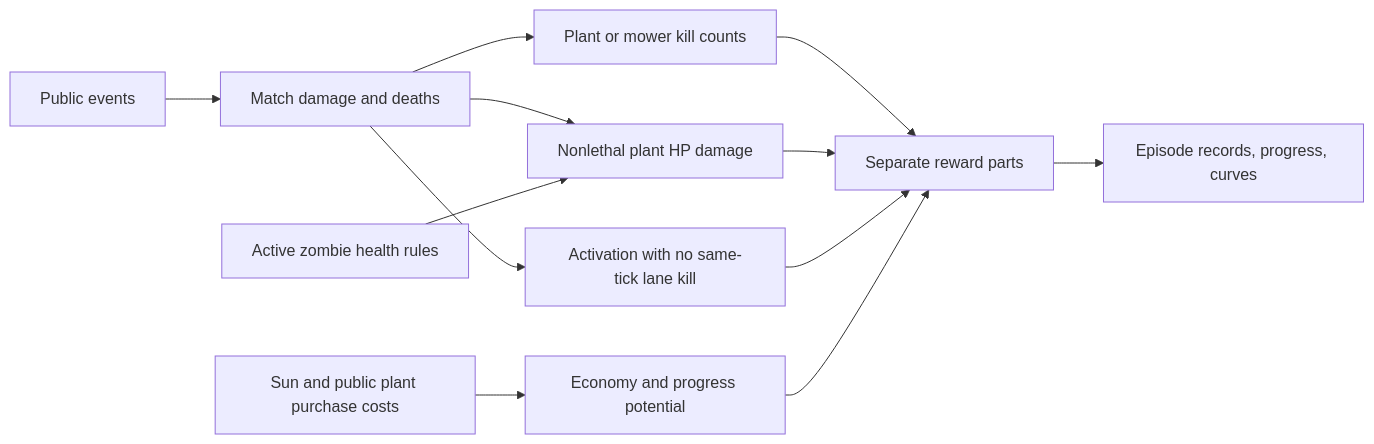
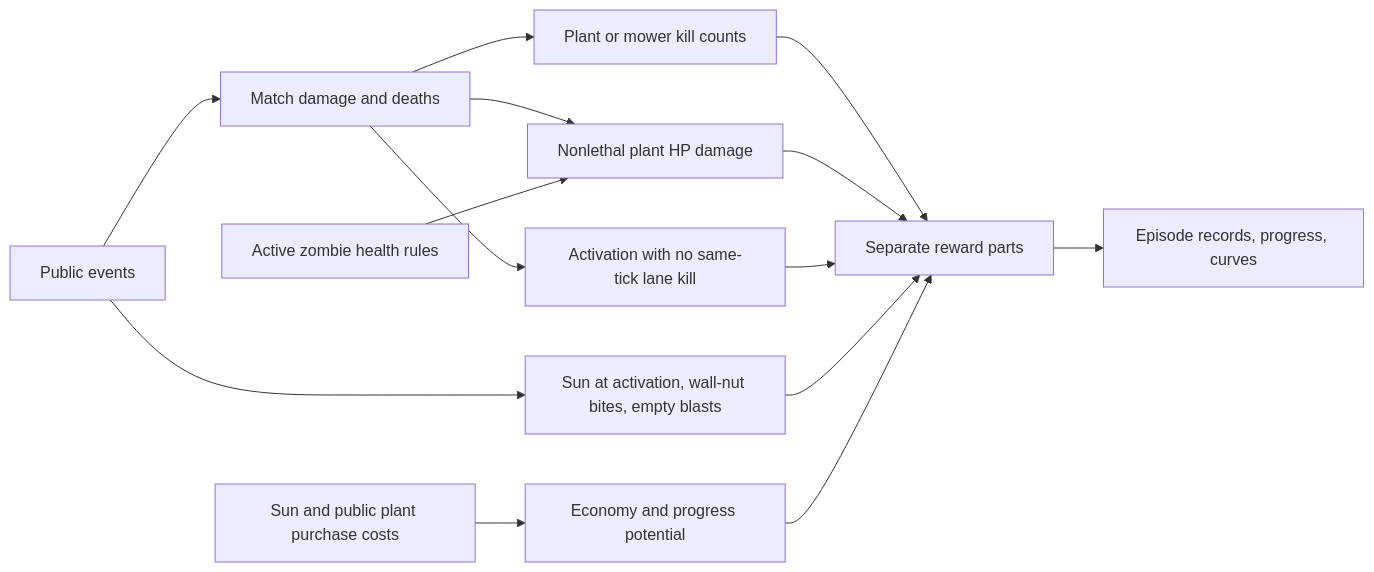
The fifth of 12 diagrams in docs/architecture.md (Comb1e/RL-Pvz), drawn with Mermaid before and after one commit. The commit also changed other lines of this file and 37 other files, not shown here.

````diff
--- a/docs/architecture.md
+++ b/docs/architecture.md
@@ -119,14 +143,16 @@
 ```mermaid
 flowchart LR
     Events[Public events] --> Join[Match damage and deaths]
     Join --> Kills[Plant or mower kill counts]
     Join --> Hits[Nonlethal plant HP damage]
     Join --> Empty[Activation with no same-tick lane kill]
     Rules[Active zombie health rules] --> Hits
     Board[Sun and public plant purchase costs] --> Potential[Economy and progress potential]
     Kills --> Reward[Separate reward parts]
     Hits --> Reward
     Empty --> Reward
+    Events --> Defense[Sun at activation, wall-nut bites, empty blasts]
+    Defense --> Reward
     Potential --> Reward
     Reward --> Metrics[Episode records, progress, curves]
 ```
````
